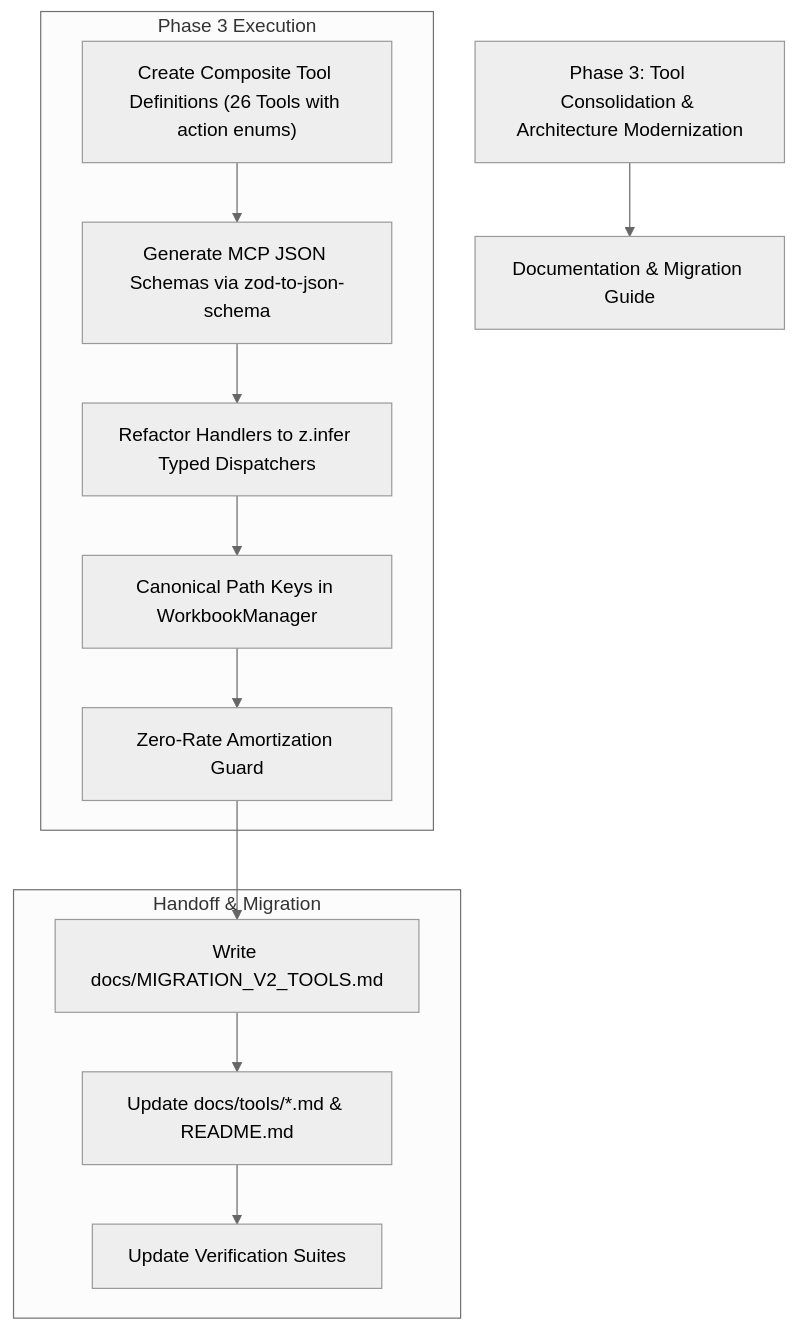
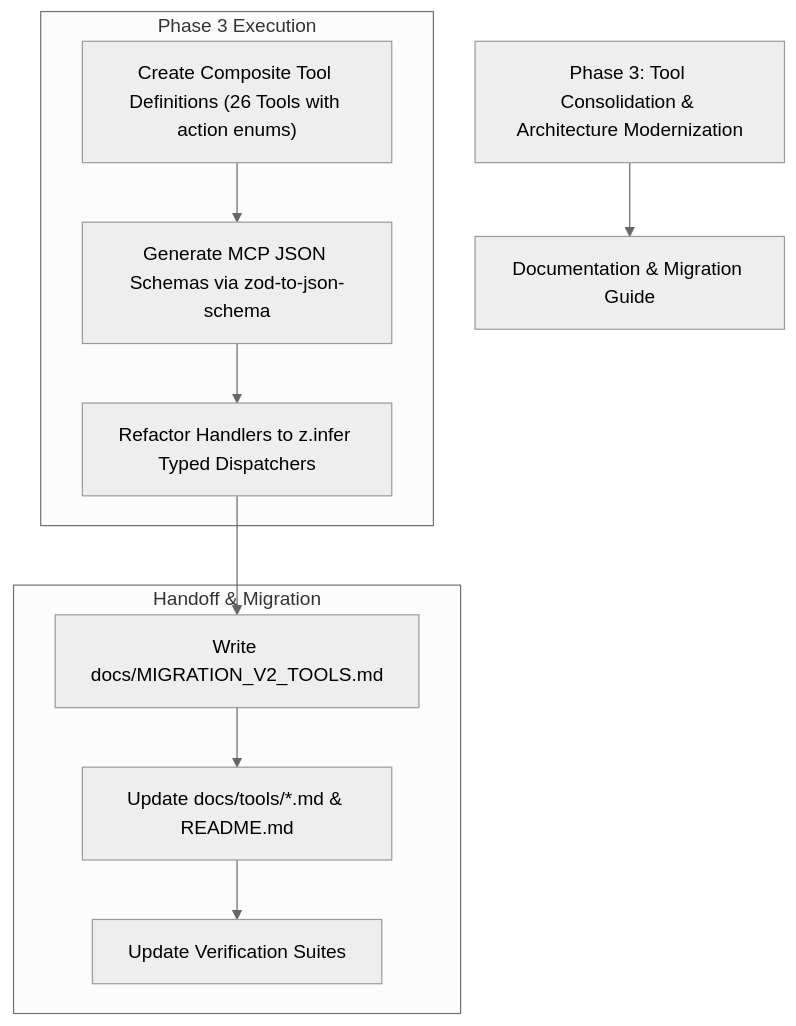
Before and after one commit to az-coder-123/excel-mcp: the diagram in docs/PROJECT_AUDIT_REPORT.md, drawn with Mermaid (neutral theme). The commit also changed other lines of this file and 9 other files, not shown here.

Commit message:
refactor: improve workbook path resolution, enhance server security defaults, and add robust unit tests

````diff
--- a/docs/PROJECT_AUDIT_REPORT.md
+++ b/docs/PROJECT_AUDIT_REPORT.md
@@ -83,20 +47,18 @@
 ```mermaid
 graph TD
     A[Phase 3: Tool Consolidation & Architecture Modernization] --> B[Documentation & Migration Guide]
 
     subgraph "Phase 3 Execution"
         A1["Create Composite Tool Definitions (26 Tools with action enums)"]
         A2["Generate MCP JSON Schemas via zod-to-json-schema"]
         A3["Refactor Handlers to z.infer Typed Dispatchers"]
-        A4["Canonical Path Keys in WorkbookManager"]
-        A5["Zero-Rate Amortization Guard"]
     end
 
     subgraph "Handoff & Migration"
         B1["Write docs/MIGRATION_V2_TOOLS.md"]
         B2["Update docs/tools/*.md & README.md"]
         B3["Update Verification Suites"]
     end
 
-    A1 --> A2 --> A3 --> A4 --> A5 --> B1 --> B2 --> B3
+    A1 --> A2 --> A3 --> B1 --> B2 --> B3
 ```
````
